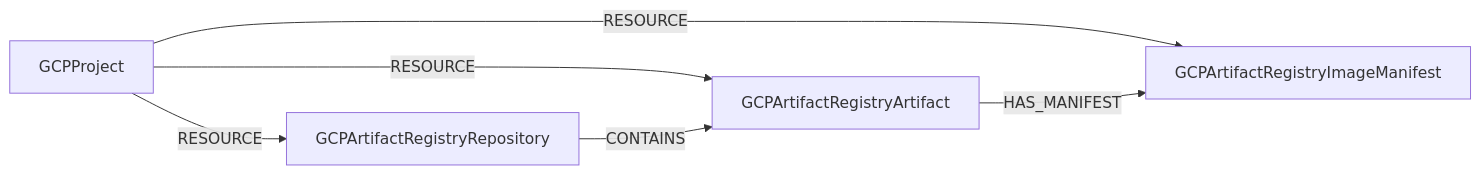
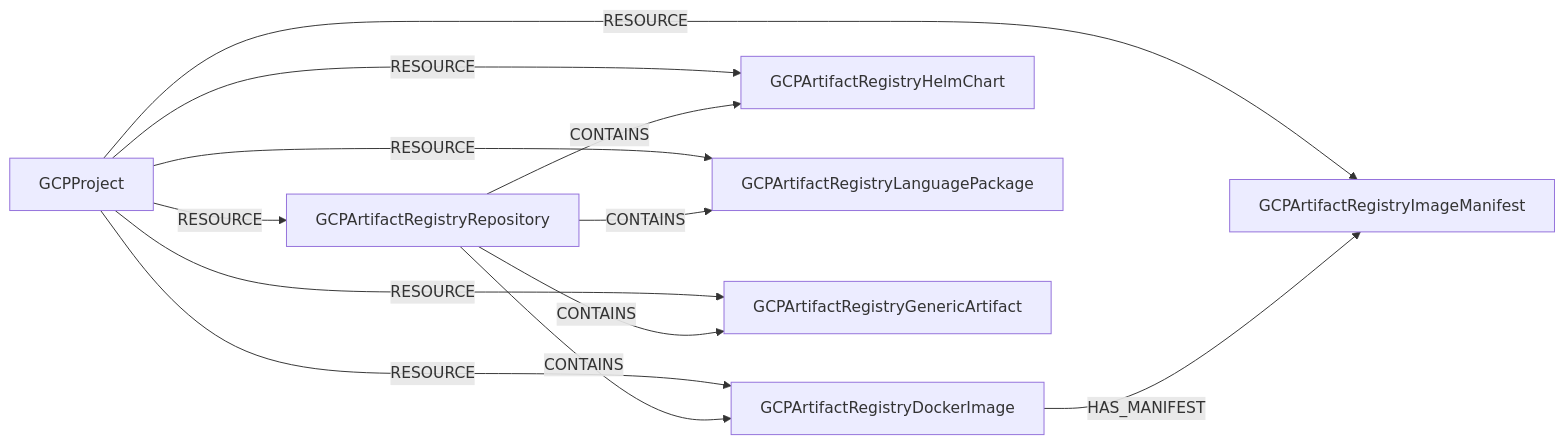
The second of 2 diagrams in docs/root/modules/gcp/schema.md (cartography-cncf/cartography), drawn with Mermaid before and after one commit. The commit also changed other lines of this file and 5 other files, not shown here.

````diff
--- a/docs/root/modules/gcp/schema.md
+++ b/docs/root/modules/gcp/schema.md
@@ -1303,13 +1303,22 @@
 ```mermaid
 graph LR
     Project[GCPProject]
     Repository[GCPArtifactRegistryRepository]
-    Artifact[GCPArtifactRegistryArtifact]
+    DockerImage[GCPArtifactRegistryDockerImage]
+    HelmChart[GCPArtifactRegistryHelmChart]
+    LanguagePackage[GCPArtifactRegistryLanguagePackage]
+    GenericArtifact[GCPArtifactRegistryGenericArtifact]
     Manifest[GCPArtifactRegistryImageManifest]
 
     Project -->|RESOURCE| Repository
-    Project -->|RESOURCE| Artifact
+    Project -->|RESOURCE| DockerImage
+    Project -->|RESOURCE| HelmChart
+    Project -->|RESOURCE| LanguagePackage
+    Project -->|RESOURCE| GenericArtifact
     Project -->|RESOURCE| Manifest
-    Repository -->|CONTAINS| Artifact
-    Artifact -->|HAS_MANIFEST| Manifest
+    Repository -->|CONTAINS| DockerImage
+    Repository -->|CONTAINS| HelmChart
+    Repository -->|CONTAINS| LanguagePackage
+    Repository -->|CONTAINS| GenericArtifact
+    DockerImage -->|HAS_MANIFEST| Manifest
 ```
````
